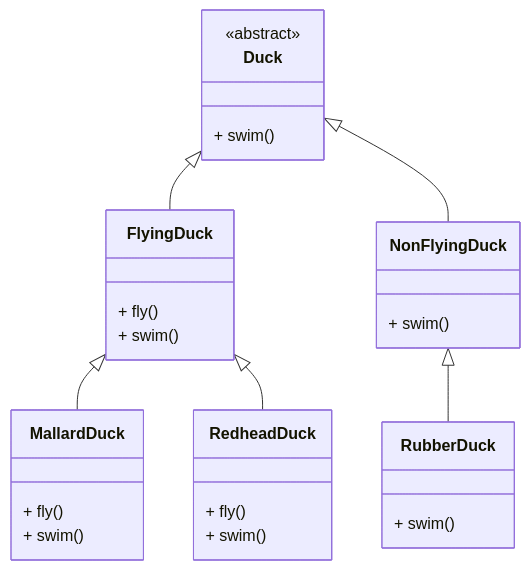
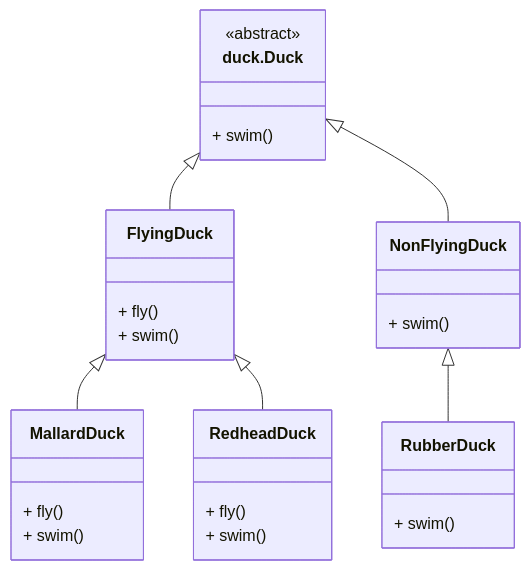
Before and after one commit to Dltmd202/Java-Spring-Study: the fourth of 8 diagrams in oop/strategyPattern/README.md, drawn with Mermaid. The commit also changed other lines of this file and 37 other files, not shown here.

````diff
--- a/oop/strategyPattern/README.md
+++ b/oop/strategyPattern/README.md
@@ -97,35 +97,35 @@
 ```mermaid
 classDiagram
 FlyingDuck <|-- MallardDuck
 FlyingDuck <|-- RedheadDuck
 NonFlyingDuck <|-- RubberDuck
-Duck <|-- FlyingDuck
-Duck <|-- NonFlyingDuck
-class Duck{
+duck.Duck <|-- FlyingDuck
+duck.Duck <|-- NonFlyingDuck
+class duck.Duck{
     <<abstract>>
     + swim()
 }
 
 class FlyingDuck{
     + fly()
     + swim()
 }
 
 class NonFlyingDuck{
     + swim()
 }
 
 class MallardDuck{
     + fly()
     + swim()
 }
 
 class RedheadDuck{
     + fly()
     + swim()
 }
 
 class RubberDuck{
     + swim()
 }
 ```
````
